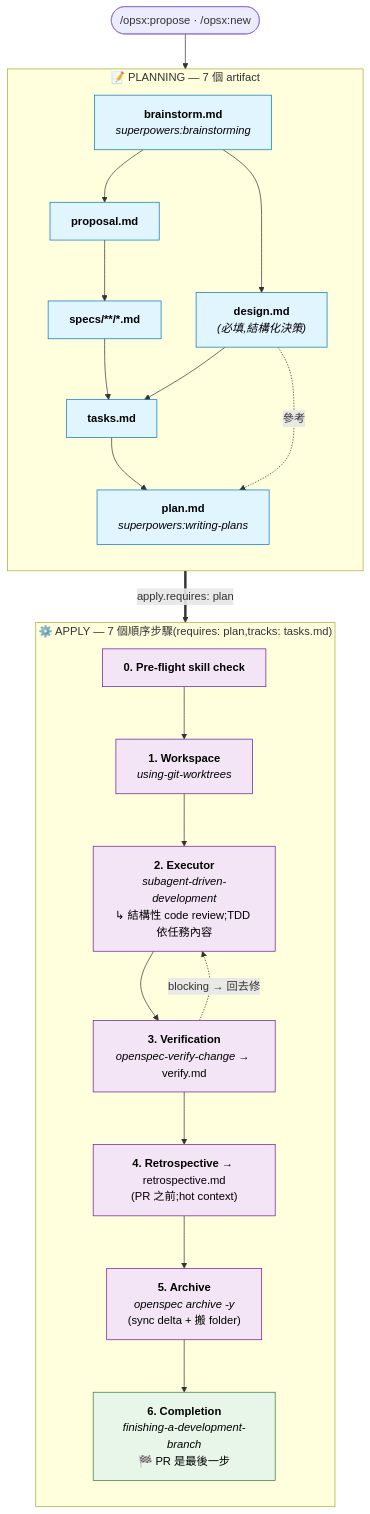
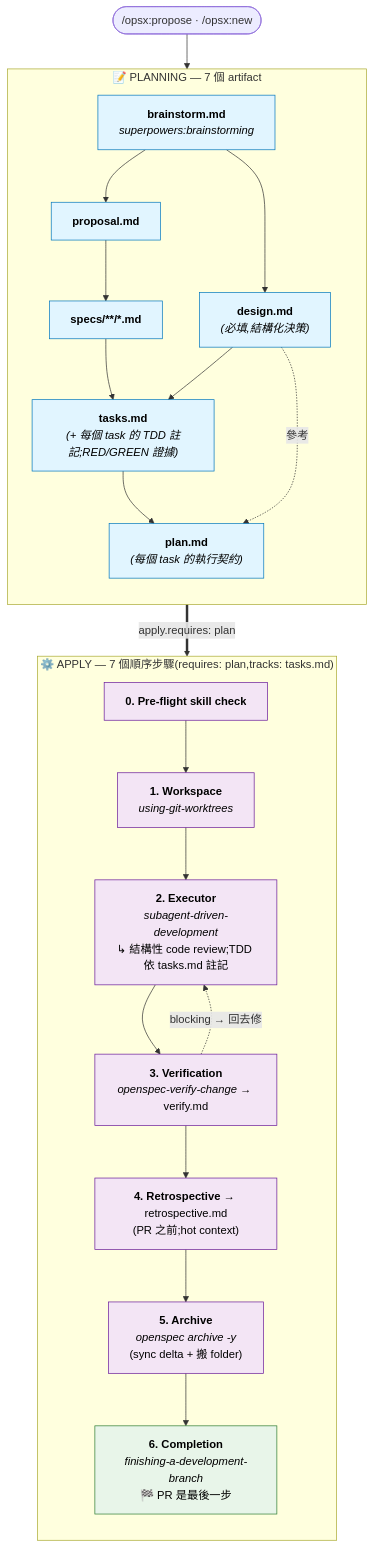
Before and after one commit to azuma520/openspec-schemas: the diagram in superpowers-bridge/README.zh-TW.md, drawn with Mermaid. The commit also changed other lines of this file and 11 other files, not shown here.

````diff
--- a/superpowers-bridge/README.zh-TW.md
+++ b/superpowers-bridge/README.zh-TW.md
@@ -221,48 +221,48 @@
 ```mermaid
 flowchart TD
     Start([/opsx:propose · /opsx:new])
 
     subgraph Plan ["📝 PLANNING — 7 個 artifact"]
         direction TB
         BS["<b>brainstorm.md</b><br/><i>superpowers:brainstorming</i>"]
         PROP["<b>proposal.md</b>"]
         DES["<b>design.md</b><br/><i>(必填,結構化決策)</i>"]
         SP["<b>specs/**/*.md</b>"]
-        TK["<b>tasks.md</b>"]
-        PL["<b>plan.md</b><br/><i>superpowers:writing-plans</i>"]
+        TK["<b>tasks.md</b><br/><i>(+ 每個 task 的 TDD 註記;RED/GREEN 證據)</i>"]
+        PL["<b>plan.md</b><br/><i>(每個 task 的執行契約)</i>"]
 
         BS --> PROP
         BS --> DES
         PROP --> SP
         SP --> TK
         DES --> TK
         TK --> PL
         DES -. 參考 .-> PL
     end
 
     subgraph Apply ["⚙️ APPLY — 7 個順序步驟(requires: plan,tracks: tasks.md)"]
         direction TB
         A0["<b>0. Pre-flight skill check</b>"]
         A1["<b>1. Workspace</b><br/><i>using-git-worktrees</i>"]
-        A2["<b>2. Executor</b><br/><i>subagent-driven-development</i><br/>↳ 結構性 code review;TDD 依任務內容"]
+        A2["<b>2. Executor</b><br/><i>subagent-driven-development</i><br/>↳ 結構性 code review;TDD 依 tasks.md 註記"]
         A3["<b>3. Verification</b><br/><i>openspec-verify-change</i> → verify.md"]
         A4["<b>4. Retrospective</b> → retrospective.md<br/>(PR 之前;hot context)"]
         A5["<b>5. Archive</b><br/><i>openspec archive -y</i><br/>(sync delta + 搬 folder)"]
         A6["<b>6. Completion</b><br/><i>finishing-a-development-branch</i><br/>🏁 PR 是最後一步"]
 
         A0 --> A1 --> A2 --> A3
         A3 -. blocking → 回去修 .-> A2
         A3 --> A4 --> A5 --> A6
     end
 
     Start --> BS
     PL ==>|apply.requires: plan| A0
 
     classDef artifact fill:#e1f5ff,stroke:#0277bd,color:#000
     classDef step fill:#f3e5f5,stroke:#6a1b9a,color:#000
     classDef capstone fill:#e8f5e9,stroke:#2e7d32,color:#000
 
     class BS,PROP,DES,SP,TK,PL artifact
     class A0,A1,A2,A3,A4,A5 step
     class A6 capstone
 ```
````
